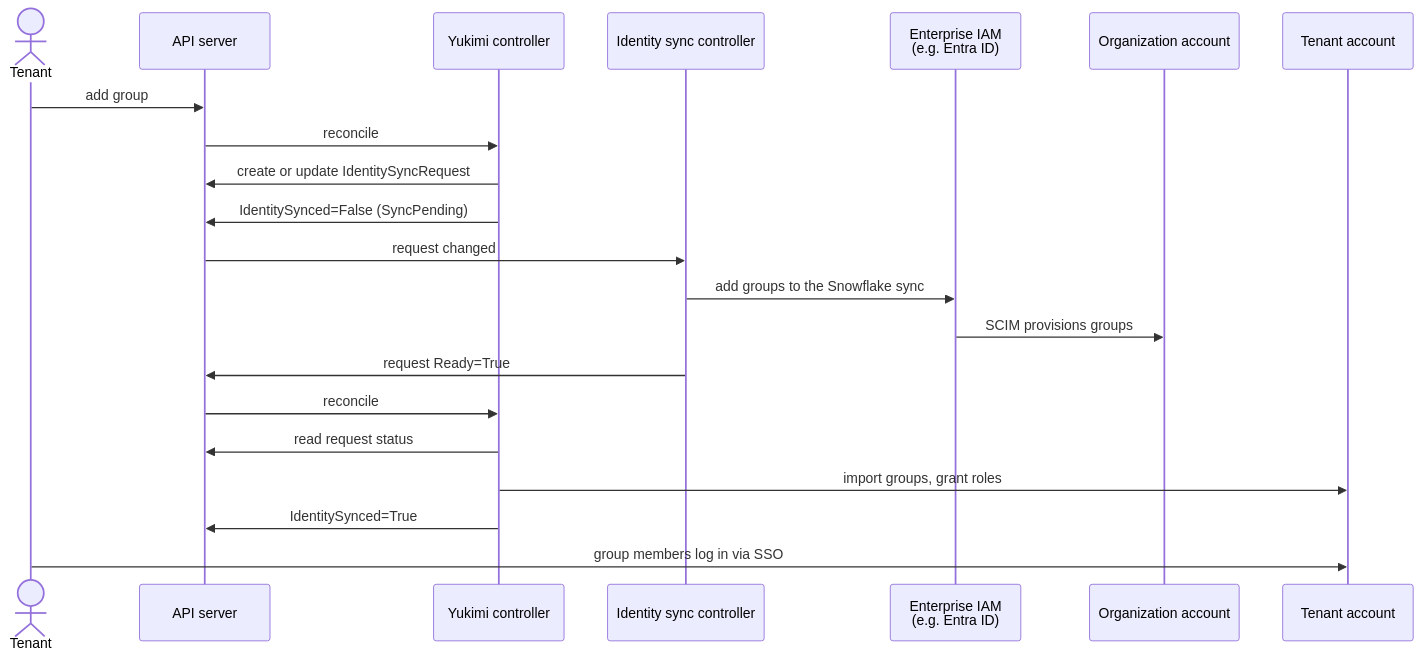
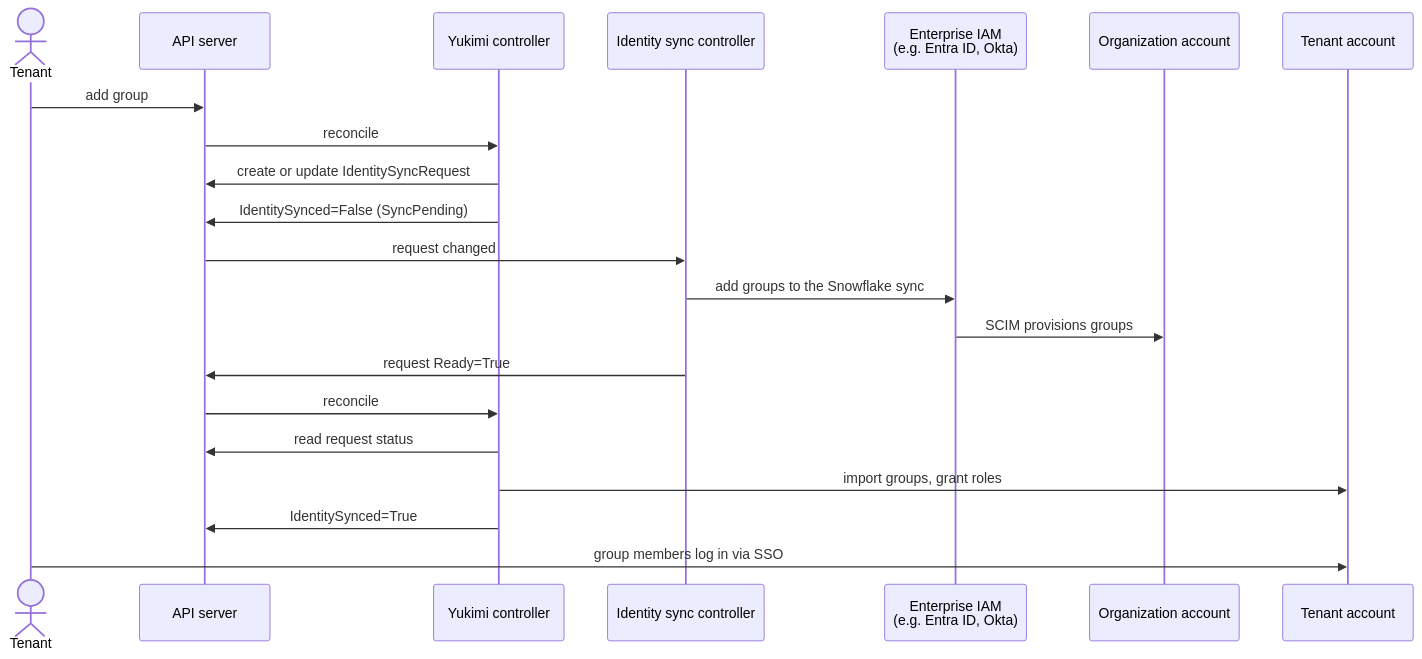
The fourth of 6 diagrams in docs/architecture.md (allianz/yukimi), drawn with Mermaid before and after one commit. The commit also changed other lines of this file, not shown here.

````diff
--- a/docs/architecture.md
+++ b/docs/architecture.md
@@ -282,24 +273,24 @@
 ```mermaid
 sequenceDiagram
     actor Tenant
     participant K8s as API server
     participant Ctrl as Yukimi controller
     participant IdSync as Identity sync controller
-    participant IAM as Enterprise IAM<br/>(e.g. Entra ID)
+    participant IAM as Enterprise IAM<br/>(e.g. Entra ID, Okta)
     participant Org as Organization account
     participant Acc as Tenant account
 
     Tenant->>K8s: add group
     K8s->>Ctrl: reconcile
     Ctrl->>K8s: create or update IdentitySyncRequest
     Ctrl->>K8s: IdentitySynced=False (SyncPending)
     K8s->>IdSync: request changed
     IdSync->>IAM: add groups to the Snowflake sync
     IAM->>Org: SCIM provisions groups
     IdSync->>K8s: request Ready=True
     K8s->>Ctrl: reconcile
     Ctrl->>K8s: read request status
     Ctrl->>Acc: import groups, grant roles
     Ctrl->>K8s: IdentitySynced=True
     Tenant->>Acc: group members log in via SSO
 ```
````
